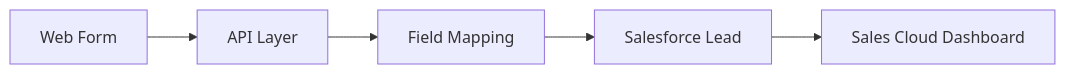
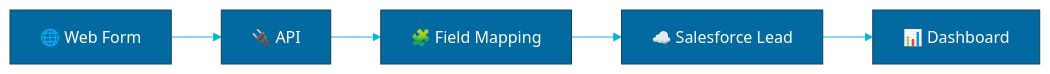
One commit to RohitKumarGupta10/RohitKumarGupta10 changed the diagram in README.md. Above: the diagram before and after it, drawn with Mermaid. The commit also changed other lines of this file, not shown here.

````diff
--- a/README.md
+++ b/README.md
@@ -268,7 +100,8 @@
 ```mermaid
+%%{init: {'theme':'base','themeVariables':{'primaryColor':'#0369A1','primaryTextColor':'#fff','lineColor':'#06B6D4'}}}%%
 flowchart LR
-    W[Web Form] --> A[API Layer]
-    A --> M[Field Mapping]
-    M --> S[Salesforce Lead]
-    S --> D[Sales Cloud Dashboard]
+    A[🌐 Web Form] --> B[🔌 API]
+    B --> C[🧩 Field Mapping]
+    C --> D[☁️ Salesforce Lead]
+    D --> E[📊 Dashboard]
 ```
````
